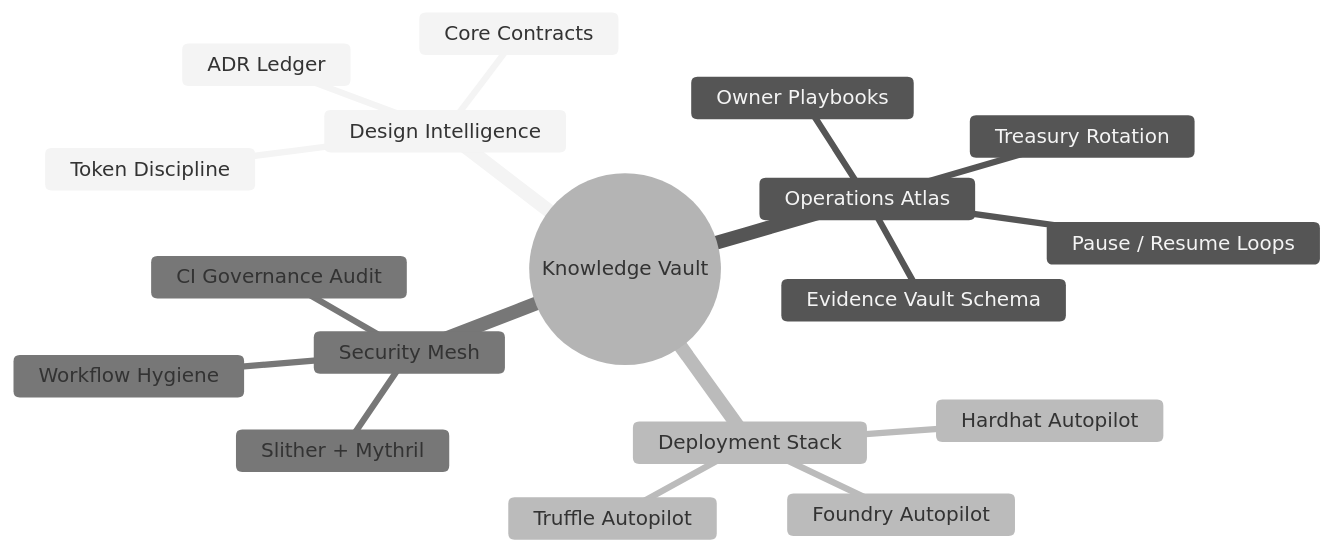
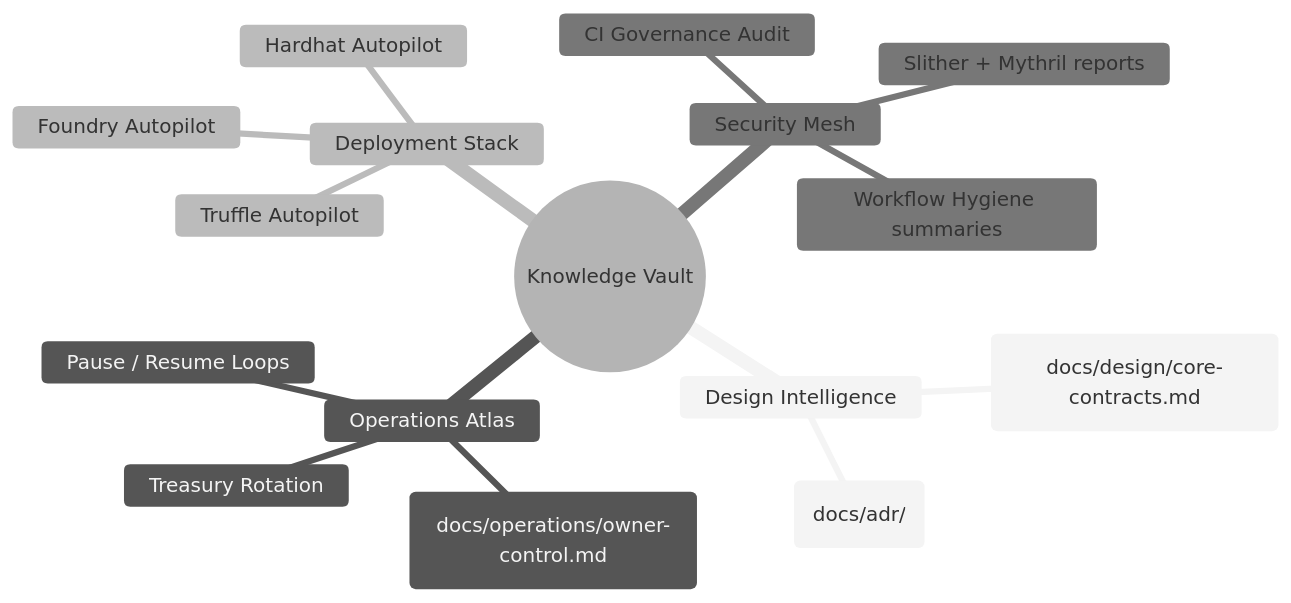
One commit to MontrealAI/agijobs-sovereign-labor-v0p1 changed the fourth of 5 diagrams in docs/README.md. Above: the diagram before and after it, drawn with Mermaid (neutral theme). The commit also changed other lines of this file, not shown here.

Commit message:
Refresh docs README for current control surface

````diff
--- a/docs/README.md
+++ b/docs/README.md
@@ -216,21 +226,19 @@
 ```mermaid
 mindmap
   root((Knowledge Vault))
     Design Intelligence
-      Core Contracts
-      ADR Ledger
-      Token Discipline
+      Core Contracts (docs/design/core-contracts.md)
+      ADR Ledger (docs/adr/)
     Operations Atlas
-      Owner Playbooks
+      Owner Playbooks (docs/operations/owner-control.md)
       Pause / Resume Loops
       Treasury Rotation
-      Evidence Vault Schema
     Deployment Stack
       Truffle Autopilot
       Hardhat Autopilot
       Foundry Autopilot
     Security Mesh
       CI Governance Audit
-      Slither + Mythril
-      Workflow Hygiene
+      Slither + Mythril reports
+      Workflow Hygiene summaries
 ```
````
